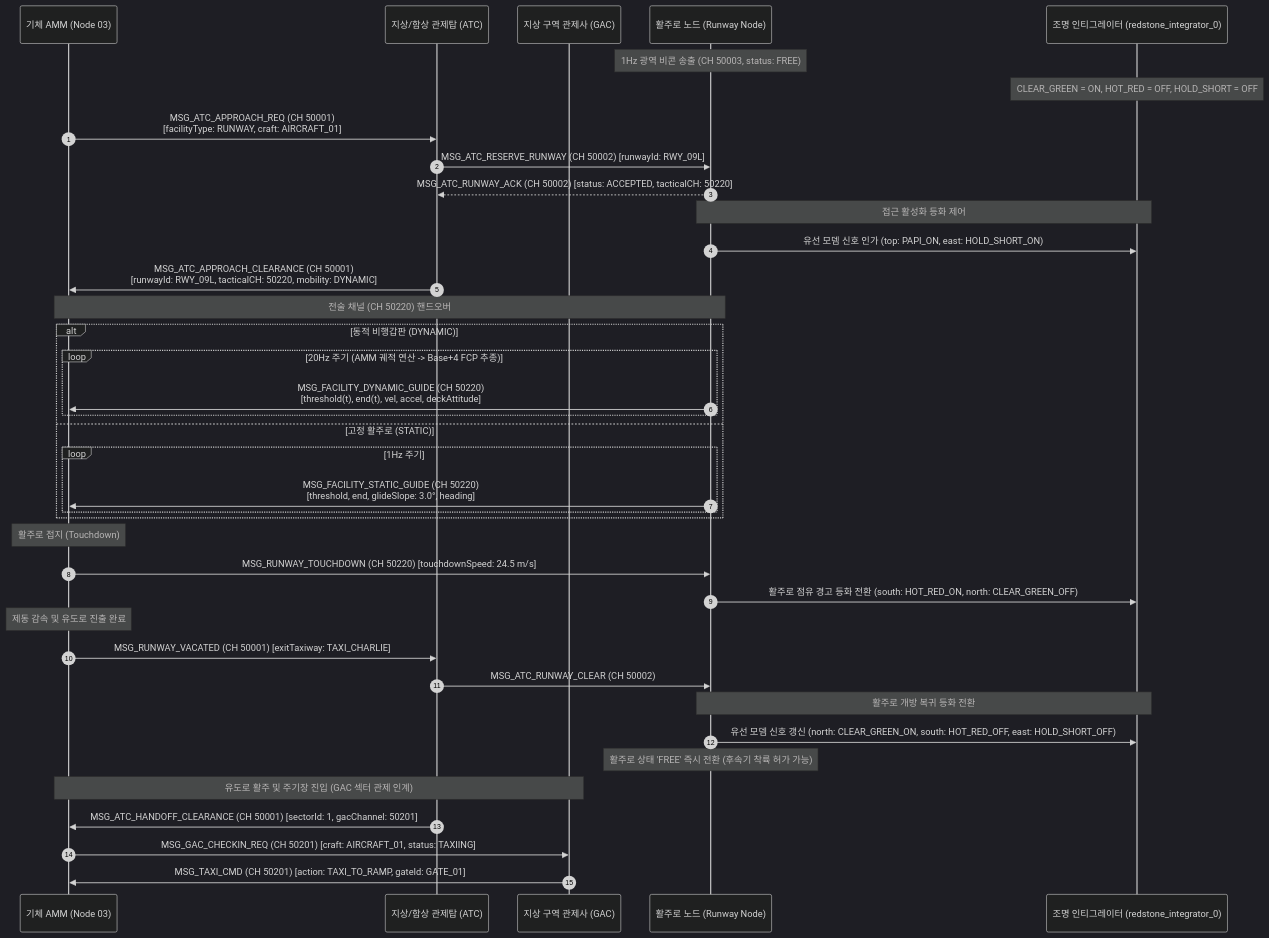
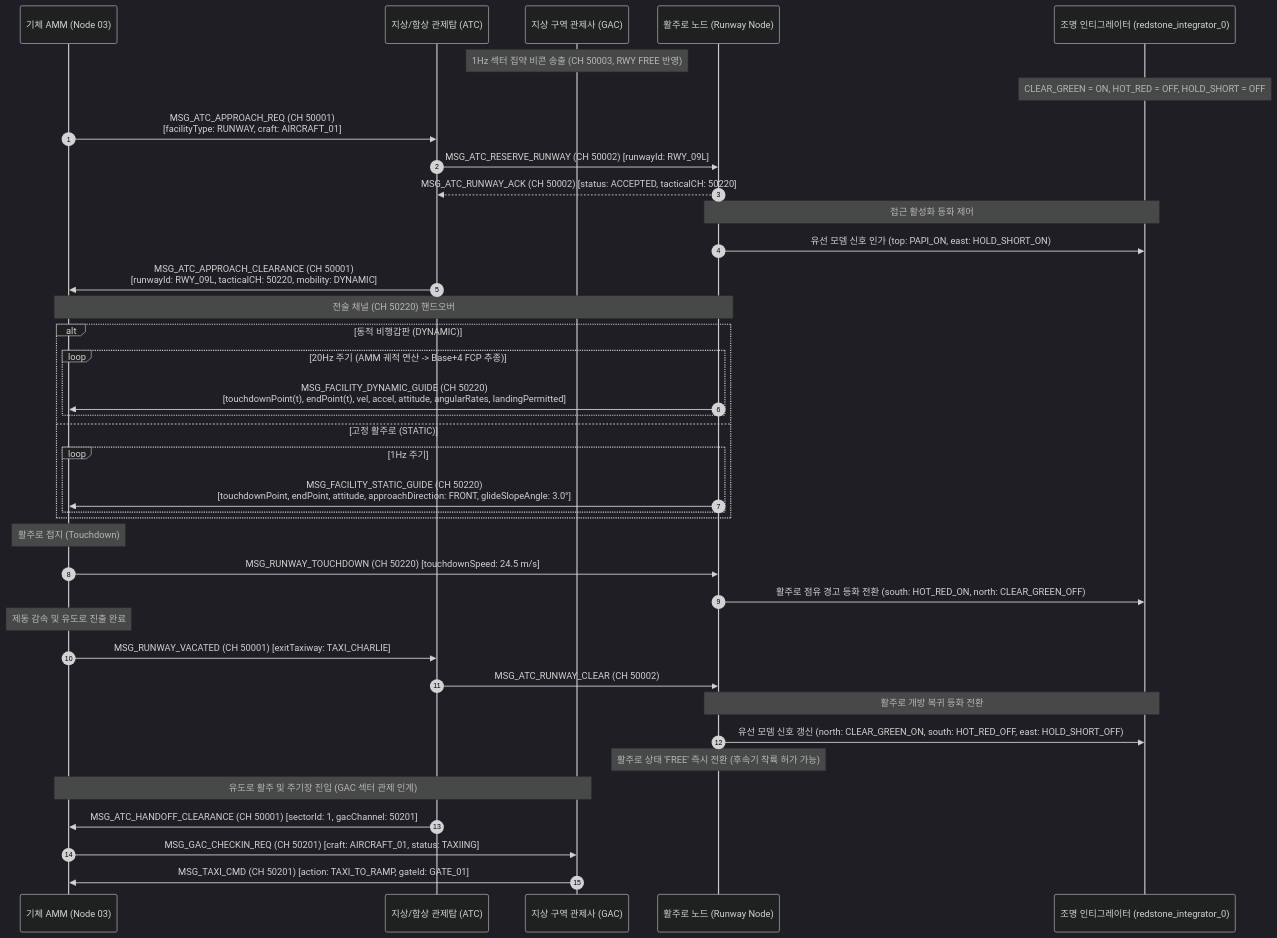
Before and after one commit to Polimachi/Aeroneutics_Autopilot: the third of 3 diagrams in docs/specs/0_infra/runway/RUNWAY_SPECIFICATION_AND_ICD.md, drawn with Mermaid (dark theme). The commit also changed other lines of this file and 143 other files, not shown here.

````diff
--- a/docs/specs/0_infra/runway/RUNWAY_SPECIFICATION_AND_ICD.md
+++ b/docs/specs/0_infra/runway/RUNWAY_SPECIFICATION_AND_ICD.md
@@ -348,49 +368,49 @@
 ```mermaid
 sequenceDiagram
     autonumber
     participant A as 기체 AMM (Node 03)
     participant C as 지상/함상 관제탑 (ATC)
     participant G as 지상 구역 관제사 (GAC)
     participant R as 활주로 노드 (Runway Node)
     participant L as 조명 인티그레이터 (redstone_integrator_0)
 
-    Note over R: 1Hz 광역 비콘 송출 (CH 50003, status: FREE)
+    Note over G: 1Hz 섹터 집약 비콘 송출 (CH 50003, RWY FREE 반영)
     Note over L: CLEAR_GREEN = ON, HOT_RED = OFF, HOLD_SHORT = OFF
     
     A->>C: MSG_ATC_APPROACH_REQ (CH 50001)<br/>[facilityType: RUNWAY, craft: AIRCRAFT_01]
     C->>R: MSG_ATC_RESERVE_RUNWAY (CH 50002) [runwayId: RWY_09L]
     R-->>C: MSG_ATC_RUNWAY_ACK (CH 50002) [status: ACCEPTED, tacticalCH: 50220]
     
     Note over R,L: 접근 활성화 등화 제어
     R->>L: 유선 모뎀 신호 인가 (top: PAPI_ON, east: HOLD_SHORT_ON)
     
     C->>A: MSG_ATC_APPROACH_CLEARANCE (CH 50001)<br/>[runwayId: RWY_09L, tacticalCH: 50220, mobility: DYNAMIC]
 
     Note over A,R: 전술 채널 (CH 50220) 핸드오버
     alt 동적 비행갑판 (DYNAMIC)
         loop 20Hz 주기 (AMM 궤적 연산 -> Base+4 FCP 추종)
-            R->>A: MSG_FACILITY_DYNAMIC_GUIDE (CH 50220)<br/>[threshold(t), end(t), vel, accel, deckAttitude]
+            R->>A: MSG_FACILITY_DYNAMIC_GUIDE (CH 50220)<br/>[touchdownPoint(t), endPoint(t), vel, accel, attitude, angularRates, landingPermitted]
         end
     else 고정 활주로 (STATIC)
         loop 1Hz 주기
-            R->>A: MSG_FACILITY_STATIC_GUIDE (CH 50220)<br/>[threshold, end, glideSlope: 3.0°, heading]
+            R->>A: MSG_FACILITY_STATIC_GUIDE (CH 50220)<br/>[touchdownPoint, endPoint, attitude, approachDirection: FRONT, glideSlopeAngle: 3.0°]
         end
     end
 
     Note over A: 활주로 접지 (Touchdown)
     A->>R: MSG_RUNWAY_TOUCHDOWN (CH 50220) [touchdownSpeed: 24.5 m/s]
     R->>L: 활주로 점유 경고 등화 전환 (south: HOT_RED_ON, north: CLEAR_GREEN_OFF)
     
     Note over A: 제동 감속 및 유도로 진출 완료
     A->>C: MSG_RUNWAY_VACATED (CH 50001) [exitTaxiway: TAXI_CHARLIE]
     C->>R: MSG_ATC_RUNWAY_CLEAR (CH 50002)
     
     Note over R,L: 활주로 개방 복귀 등화 전환
     R->>L: 유선 모뎀 신호 갱신 (north: CLEAR_GREEN_ON, south: HOT_RED_OFF, east: HOLD_SHORT_OFF)
     Note over R: 활주로 상태 'FREE' 즉시 전환 (후속기 착륙 허가 가능)
     
     Note over A,G: 유도로 활주 및 주기장 진입 (GAC 섹터 관제 인계)
     C->>A: MSG_ATC_HANDOFF_CLEARANCE (CH 50001) [sectorId: 1, gacChannel: 50201]
     A->>G: MSG_GAC_CHECKIN_REQ (CH 50201) [craft: AIRCRAFT_01, status: TAXIING]
     G->>A: MSG_TAXI_CMD (CH 50201) [action: TAXI_TO_RAMP, gateId: GATE_01]
 ```
````
